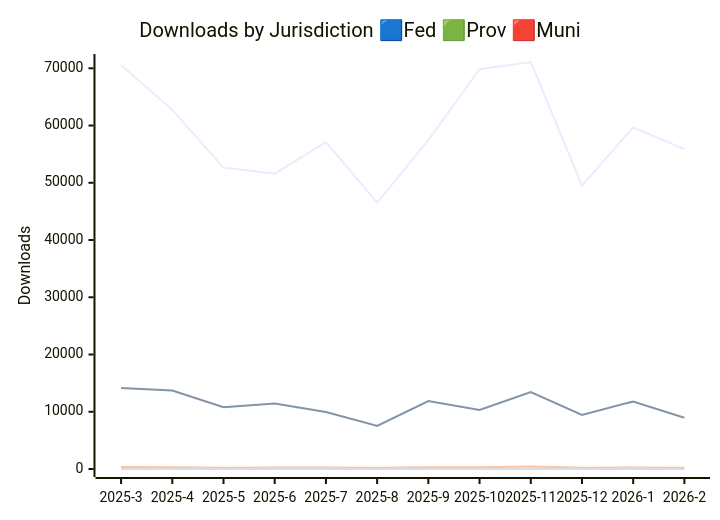
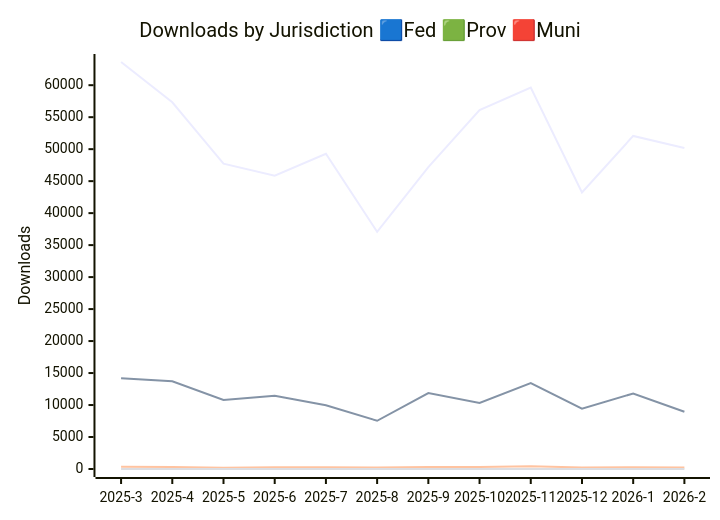
The first of 3 diagrams in JURISDICTION_ANALYTICS_REPORT/readme.md (open-data/analytics-corporate-reporting), drawn with Mermaid before and after one commit. The commit also changed other lines of this file and 2 other files, not shown here.

````diff
--- a/JURISDICTION_ANALYTICS_REPORT/readme.md
+++ b/JURISDICTION_ANALYTICS_REPORT/readme.md
@@ -13,11 +13,11 @@
 ```mermaid
 
 xychart-beta
     title "Downloads by Jurisdiction 🟦Fed 🟩Prov 🟥Muni"
     x-axis [2025-3, 2025-4, 2025-5, 2025-6, 2025-7, 2025-8, 2025-9, 2025-10, 2025-11, 2025-12, 2026-1, 2026-2]
-    y-axis "Downloads" 0 --> 71099
-    line [70580, 62739, 52642, 51602, 57101, 46542, 57440, 69839, 71089, 49518, 59661, 55871]
+    y-axis "Downloads" 0 --> 63626
+    line [63616, 57325, 47729, 45855, 49274, 37081, 47185, 56118, 59617, 43233, 52071, 50187]
     line [14169, 13725, 10790, 11439, 9958, 7539, 11877, 10324, 13421, 9441, 11800, 8940]
     line [356, 325, 212, 271, 279, 234, 305, 313, 420, 224, 270, 228]
     line [0, 0, 0, 0, 0, 0, 0, 3, 2, 17, 6, 2]
 ```
````
